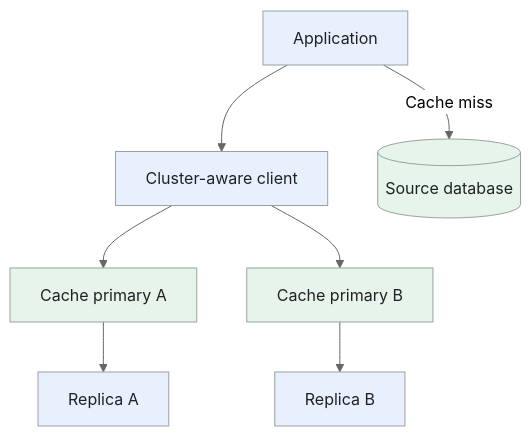
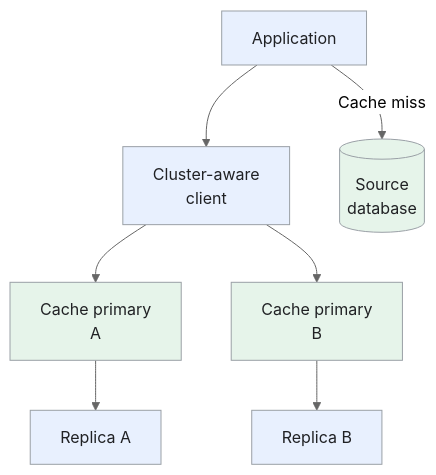
One commit to iliazlobin/iliazlobin.github.io changed the first of 6 diagrams in _designs/system-design-distributed-cache.md. Above: the diagram before and after it, drawn with Mermaid (neutral theme). The commit also changed other lines of this file and 116 other files, not shown here.

````diff
--- a/_designs/system-design-distributed-cache.md
+++ b/_designs/system-design-distributed-cache.md
@@ -105,14 +105,14 @@
 ```mermaid
 flowchart TB
-    A["Application"] --> C["Cluster-aware client"]
-    C --> P1["Cache primary A"]
-    C --> P2["Cache primary B"]
+    A["Application"] --> C["Cluster-aware<br>client"]
+    C --> P1["Cache primary<br>A"]
+    C --> P2["Cache primary<br>B"]
     P1 --> R1["Replica A"]
     P2 --> R2["Replica B"]
-    A -->|"Cache miss"| D[("Source database")]
+    A -->|"Cache miss"| D[("Source<br>database")]
   classDef request fill:#e8f0fe,stroke:#9aa0a6,color:#202124,stroke-width:1px
   classDef background fill:#e6f4ea,stroke:#9aa0a6,color:#202124,stroke-width:1px
   classDef control fill:#fef7e0,stroke:#9aa0a6,color:#202124,stroke-width:1px
   class A,C,R1,R2 request
   class P1,P2,D background
 ```
````
